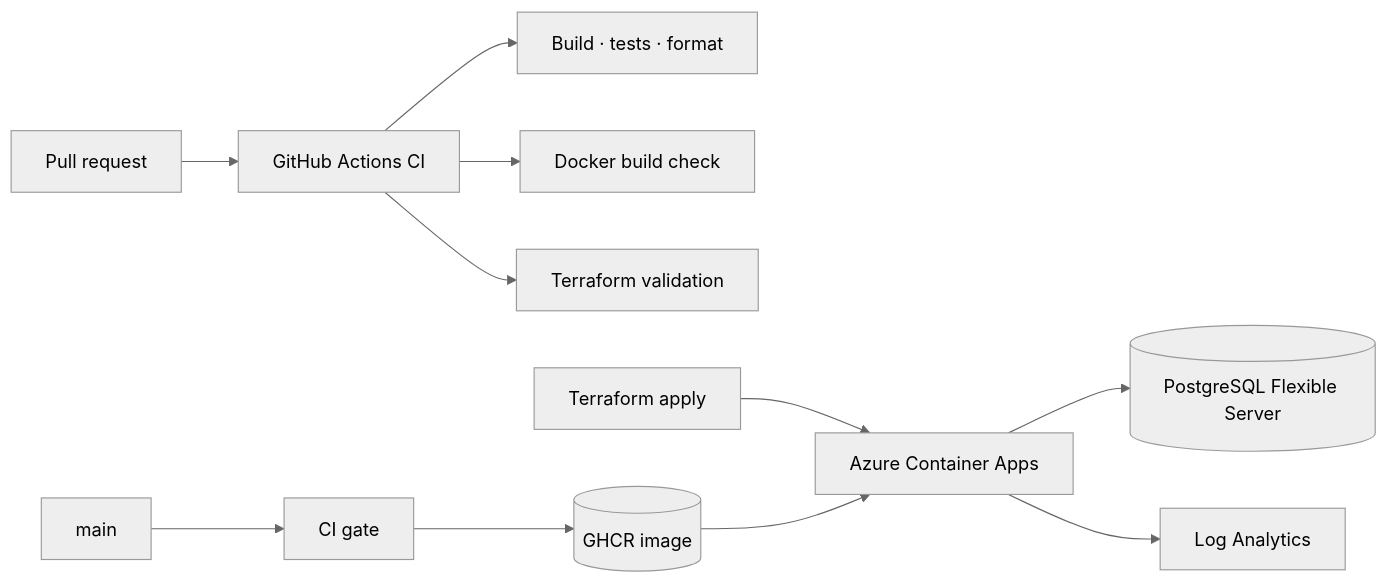
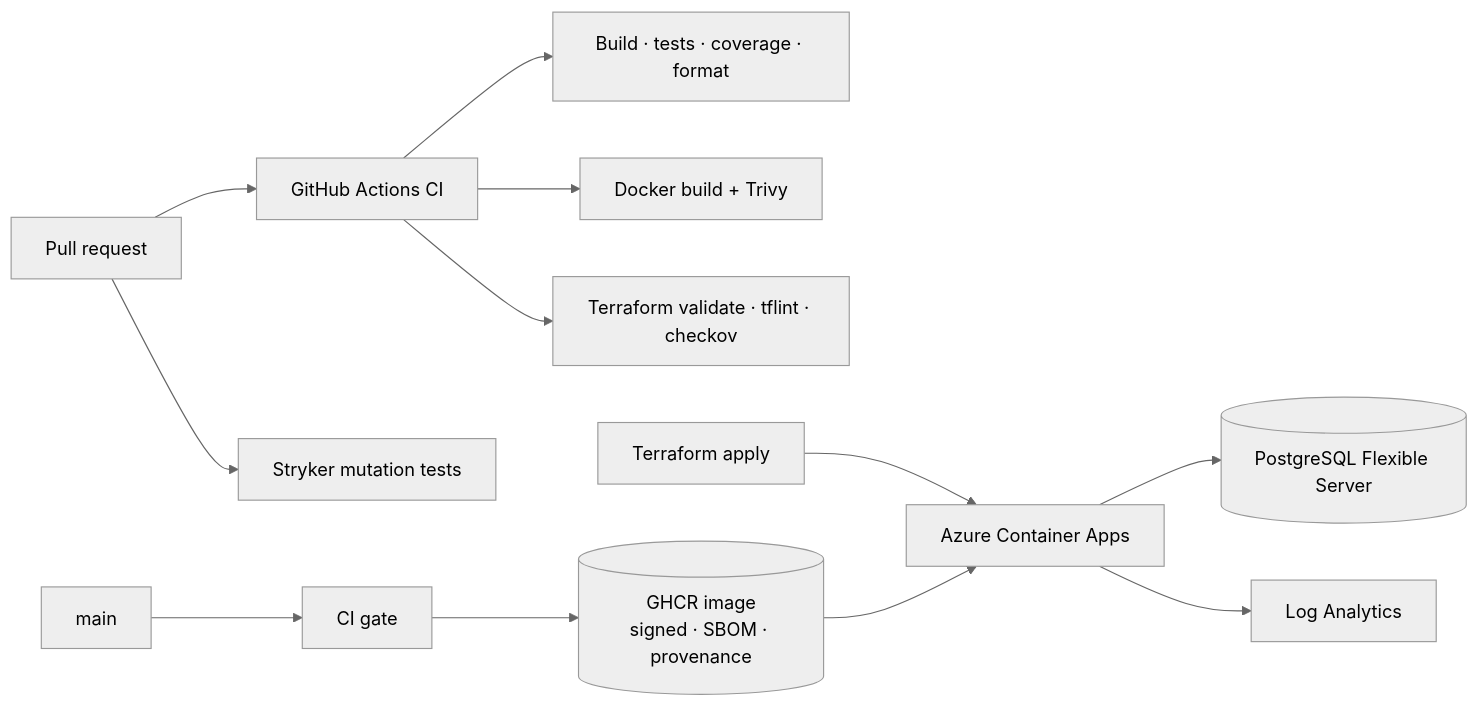
One commit to mbarretot/dotnet-clean-architecture changed the third of 3 diagrams in README.md. Above: the diagram before and after it, drawn with Mermaid (neutral theme). The commit also changed other lines of this file and 115 other files, not shown here.

````diff
--- a/README.md
+++ b/README.md
@@ -274,13 +306,14 @@
 ```mermaid
 flowchart LR
     PR[Pull request] --> CI[GitHub Actions CI]
-    CI --> Tests[Build · tests · format]
-    CI --> ImageCheck[Docker build check]
-    CI --> IaCCheck[Terraform validation]
+    CI --> Tests[Build · tests · coverage · format]
+    CI --> ImageCheck[Docker build + Trivy]
+    CI --> IaCCheck[Terraform validate · tflint · checkov]
+    PR --> Mutation[Stryker mutation tests]
     Main[main] --> Gate[CI gate]
-    Gate --> GHCR[(GHCR image)]
+    Gate --> GHCR[(GHCR image<br/>signed · SBOM · provenance)]
     Operator[Terraform apply] --> ACA[Azure Container Apps]
     GHCR --> ACA
     ACA --> PG[(PostgreSQL Flexible Server)]
     ACA --> Logs[Log Analytics]
 ```
````
